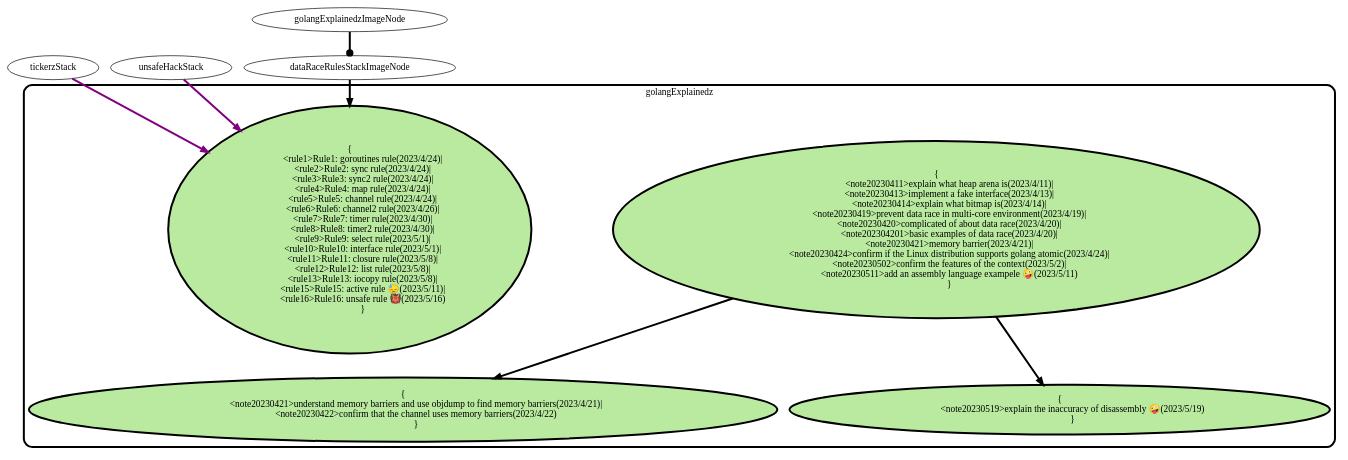
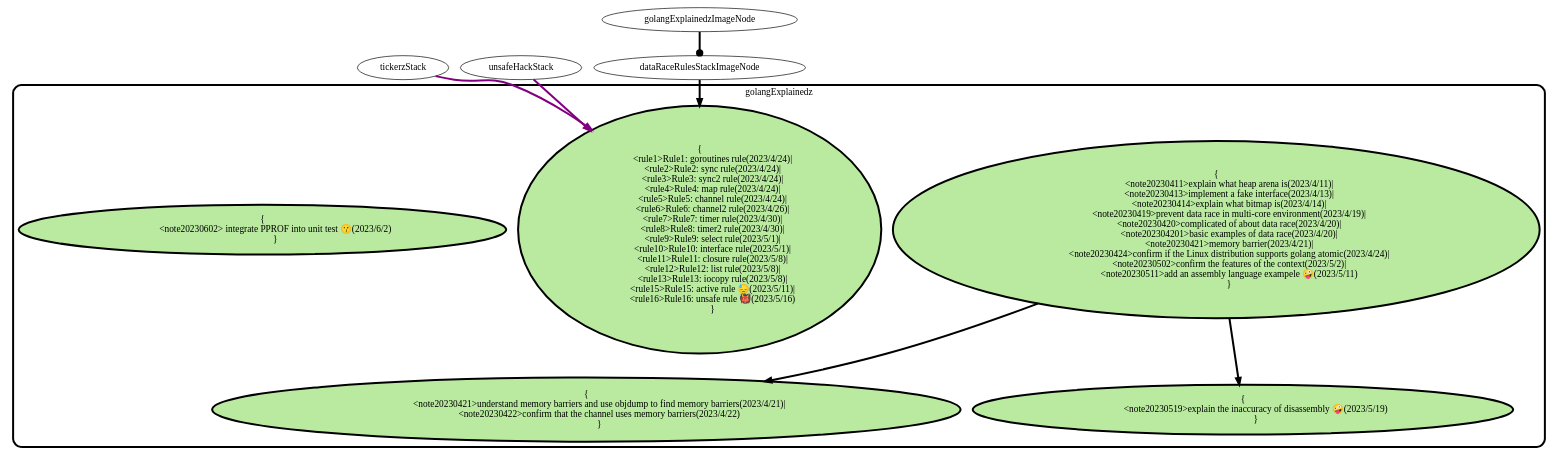
One commit to panhongrainbow/panhongrainbow.github.io changed the diagram in roadmap/subRoadmaps/07golangNode.dot. Above: the diagram before and after it, drawn with Graphviz. The commit also changed 2 other files, not shown here.

Commit message:
[roadmap] records work on June 2, 2023 😚.
Postscript:
I'm lazy, using PPROF in unit testing is more convenient 😚.

```diff
--- a/roadmap/subRoadmaps/07golangNode.dot
+++ b/roadmap/subRoadmaps/07golangNode.dot
@@ -1,54 +1,57 @@
 digraph SubRoadmap {
     // (7) golang node
     subgraph cluster_golang_explain {
         style=rounded;
         penwidth=3;
         label="golangExplainedz";
         node [style=filled, penwidth=3, fillcolor="#B9EAA0"];
         golangExplainStack [label="{
             <note20230411>explain what heap arena is(2023/4/11)|
             <note20230413>implement a fake interface(2023/4/13)|
             <note20230414>explain what bitmap is(2023/4/14)|
             <note20230419>prevent data race in multi-core environment(2023/4/19)|
             <note20230420>complicated of about data race(2023/4/20)|
             <note202304201>basic examples of data race(2023/4/20)|
             <note20230421>memory barrier(2023/4/21)|
             <note20230424>confirm if the Linux distribution supports golang atomic(2023/4/24)|
             <note20230502>confirm the features of the context(2023/5/2)|
             <note20230511>add an assembly language exampele 🤪(2023/5/11)
             }", height=1];
         memoryBarrieStack [label="{
             <note20230421>understand memory barriers and use objdump to find memory barriers(2023/4/21)|
             <note20230422>confirm that the channel uses memory barriers(2023/4/22)
             }", height=1];
         dataRaceRulesStack [label="{
             <rule1>Rule1: goroutines rule(2023/4/24)|
             <rule2>Rule2: sync rule(2023/4/24)|
             <rule3>Rule3: sync2 rule(2023/4/24)|
             <rule4>Rule4: map rule(2023/4/24)|
             <rule5>Rule5: channel rule(2023/4/24)|
             <rule6>Rule6: channel2 rule(2023/4/26)|
             <rule7>Rule7: timer rule(2023/4/30)|
             <rule8>Rule8: timer2 rule(2023/4/30)|
             <rule9>Rule9: select rule(2023/5/1)|
             <rule10>Rule10: interface rule(2023/5/1)|
             <rule11>Rule11: closure rule(2023/5/8)|
             <rule12>Rule12: list rule(2023/5/8)|
             <rule13>Rule13: iocopy rule(2023/5/8)|
             <rule15>Rule15: active rule 😓(2023/5/11)|
             <rule16>Rule16: unsafe rule 👹(2023/5/16)
             }", height=1];
+        pprofTestStack [label="{
+            <note20230602> integrate PPROF into unit test 😗(2023/6/2)
+            }", height=1];
         assemblyStack [label="{
             <note20230519>explain the inaccuracy of disassembly 🤪(2023/5/19)
             }", height=1];
     }
     // feedback
     tickerzStack:note20230511 -> dataRaceRulesStack:rule15 [penwidth=3,color=purple];
     unsafeHackStack:note20230516 -> dataRaceRulesStack:rule16 [penwidth=3,color=purple];
 
     // inner node
     golangExplainedzImageNode -> dataRaceRulesStackImageNode  [penwidth=3,arrowhead=dot,weight=200];
     golangExplainStack:note20230511 -> assemblyStack:note20230519 [penwidth=3];
     dataRaceRulesStackImageNode -> dataRaceRulesStack [penwidth=3,weight=200];
     golangExplainStack:note20230421 -> memoryBarrieStack [penwidth=3];
 /*end*/}
```
